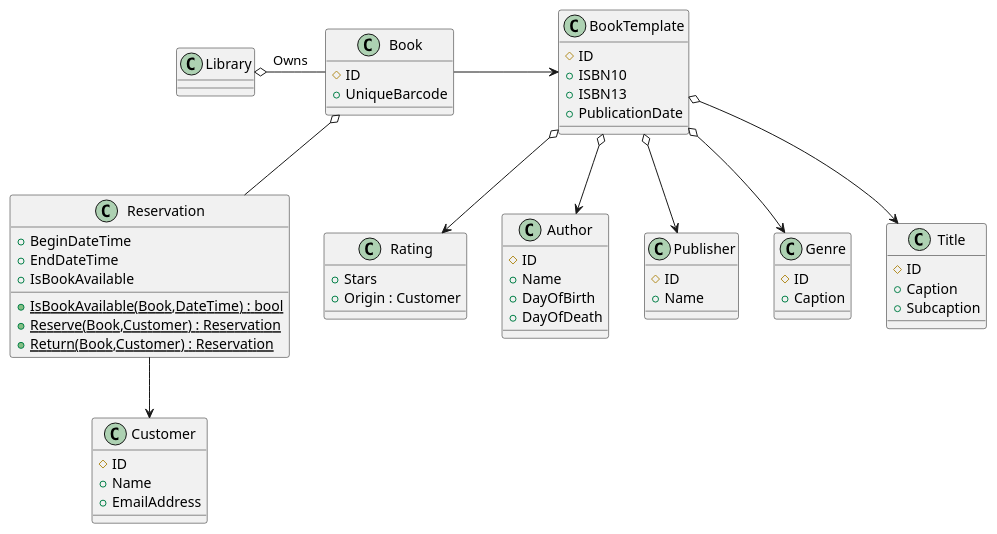
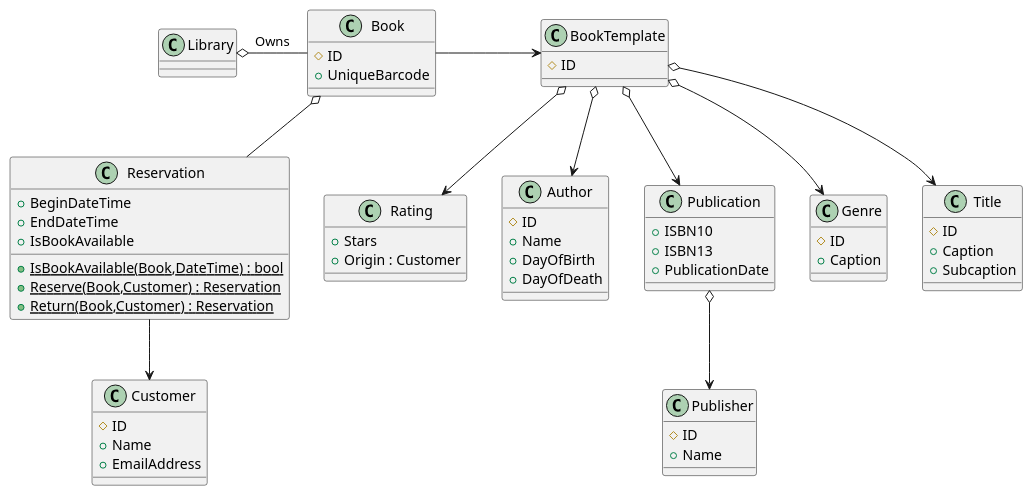
One commit to Xsysstar/Nerds.Library changed the diagram in library-api.puml. Above: the diagram before and after it, drawn with PlantUML. The commit also changed 1 other file, not shown here.

```diff
--- a/library-api.puml
+++ b/library-api.puml
@@ -1,72 +1,76 @@
 @startuml
 
 class Library {
 }
 Library o- Book : Owns
 
 class Book {
 	#ID
 	+UniqueBarcode
 }
 Book -> BookTemplate
 Book o-- Reservation
 
 class BookTemplate {
 	#ID
-	+ISBN10
-	+ISBN13
-	+PublicationDate
 }
 BookTemplate o--> Rating
 BookTemplate o--> Author
-BookTemplate o--> Publisher
+BookTemplate o--> Publication
 BookTemplate o--> Genre
 BookTemplate o--> Title
 
 class Rating {
 	+Stars
 	+Origin : Customer
 }
 
 class Author {
 	#ID
 	+Name
 	+DayOfBirth
 	+DayOfDeath
 }
+
+class Publication {
+	+ISBN10
+	+ISBN13
+	+PublicationDate
+}
+Publication o--> Publisher
 
 class Publisher {
 	#ID
 	+Name
 }
 
 class Genre {
 	#ID
 	+Caption
 }
 
 class Title {
 	#ID
 	+Caption
 	+Subcaption
 }
 
 class Reservation {
 	{static} +IsBookAvailable(Book,DateTime) : bool
 	{static} +Reserve(Book,Customer) : Reservation
 	{static} +Return(Book,Customer) : Reservation
 	+BeginDateTime
 	+EndDateTime
 	+IsBookAvailable
 }
 
 Reservation --> Customer
 
 class Customer {
 	#ID
 	+Name
 	+EmailAddress
 }
 
 
 @enduml
```
